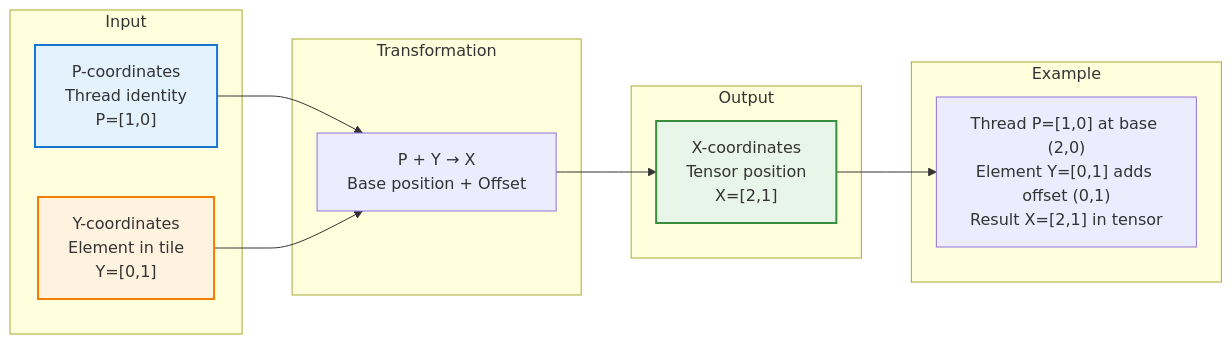
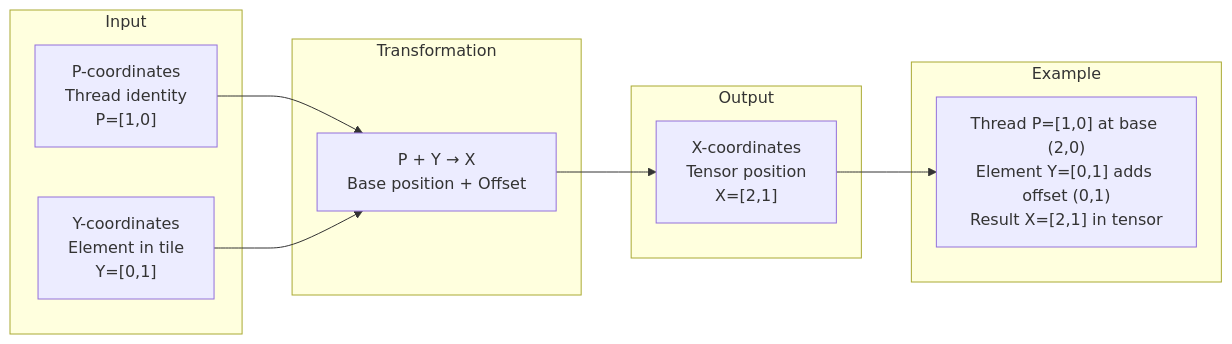
The fourth of 6 diagrams in projects/composablekernel/docs/conceptual/ck_tile/coordinate_systems.rst (hdt98/rocm-libraries), drawn with Mermaid before and after one commit. The commit also changed other lines of this file and 21 other files, not shown here.

First line of the commit message:
[ck] Updated CK Tile documentation to use mermaid diagrams (#7955)

```diff
--- a/projects/composablekernel/docs/conceptual/ck_tile/coordinate_systems.rst
+++ b/projects/composablekernel/docs/conceptual/ck_tile/coordinate_systems.rst
@@ -313,28 +248,24 @@
-      .. mermaid::
-      
-         graph LR
-             subgraph "Input"
-                 P["P-coordinates<br/>Thread identity<br/>P=[1,0]"]
-                 Y["Y-coordinates<br/>Element in tile<br/>Y=[0,1]"]
-             end
-   
-             subgraph "Transformation"
-                 T["P + Y → X<br/>Base position + Offset"]
-             end
-   
-             subgraph "Output"
-                 X["X-coordinates<br/>Tensor position<br/>X=[2,1]"]
-             end
-   
-             subgraph "Example"
-                 E["Thread P=[1,0] at base (2,0)<br/>Element Y=[0,1] adds offset (0,1)<br/>Result X=[2,1] in tensor"]
-             end
-   
-             P --> T
-             Y --> T
-             T --> X
-             X --> E
-   
-             style P fill:#e3f2fd,stroke:#1976d2,stroke-width:2px
-             style Y fill:#fff3e0,stroke:#f57c00,stroke-width:2px
-             style X fill:#e8f5e9,stroke:#388e3c,stroke-width:2px
+.. mermaid::
+
+   graph LR
+       subgraph "Input"
+           P["P-coordinates<br/>Thread identity<br/>P=[1,0]"]
+           Y["Y-coordinates<br/>Element in tile<br/>Y=[0,1]"]
+       end
+
+       subgraph "Transformation"
+           T["P + Y → X<br/>Base position + Offset"]
+       end
+
+       subgraph "Output"
+           X["X-coordinates<br/>Tensor position<br/>X=[2,1]"]
+       end
+
+       subgraph "Example"
+           E["Thread P=[1,0] at base (2,0)<br/>Element Y=[0,1] adds offset (0,1)<br/>Result X=[2,1] in tensor"]
+       end
+
+       P --> T
+       Y --> T
+       T --> X
+       X --> E
```
